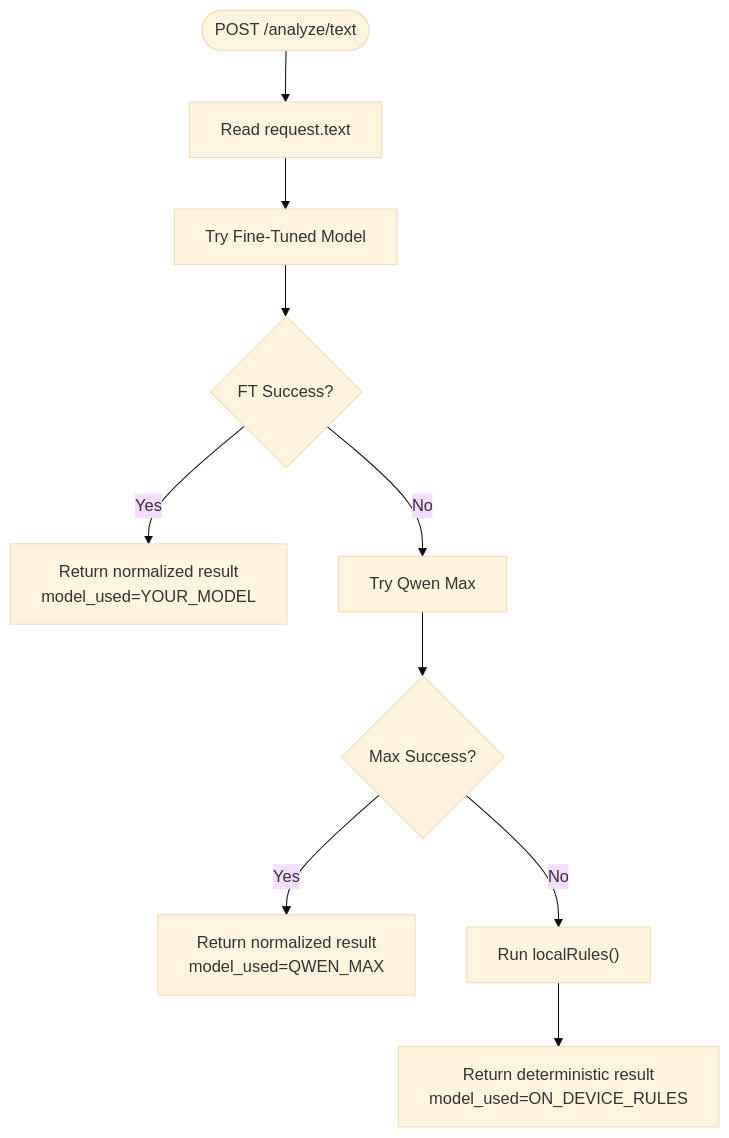
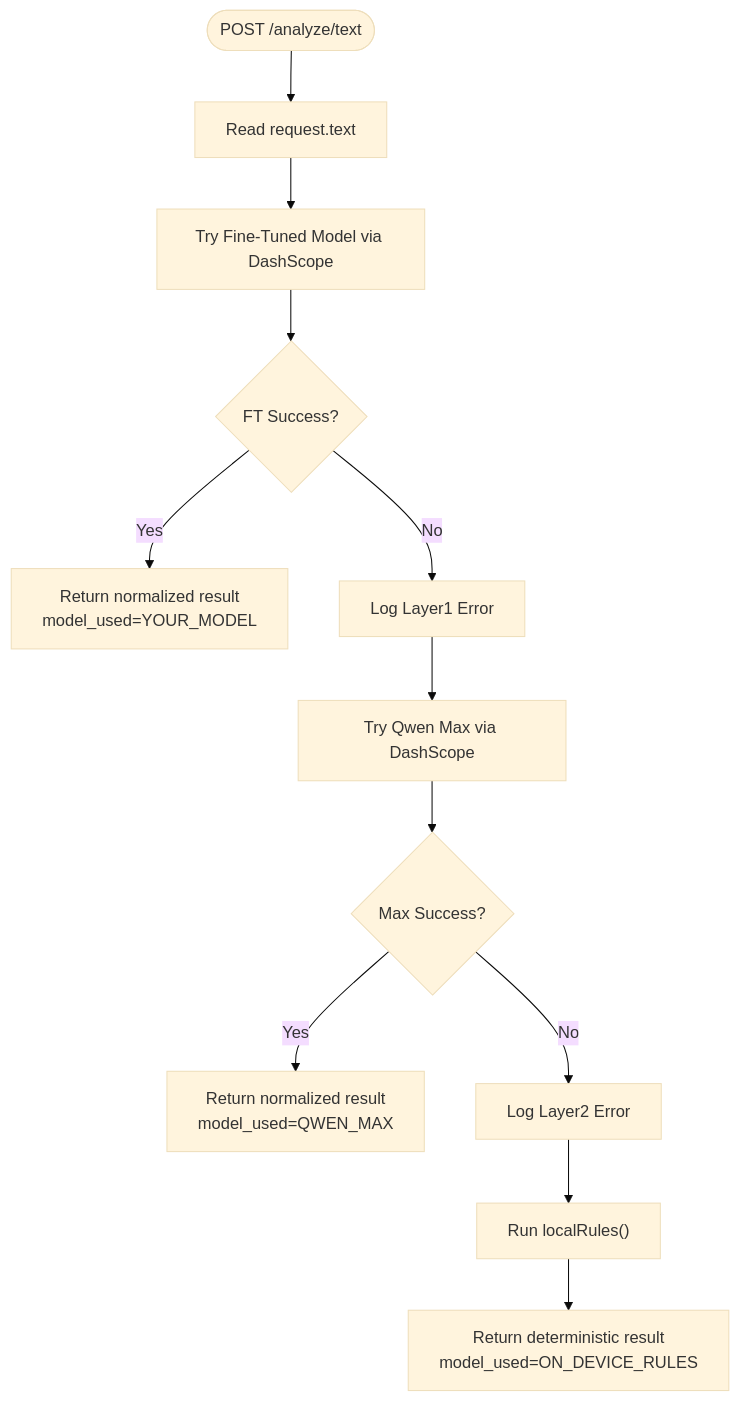
The third of 6 diagrams in .qoder/repowiki/en/content/Core Features/AI Analysis Engine.md (cyberNoman/Safe-Pakistan), drawn with Mermaid (base theme) before and after one commit. The commit also changed other lines of this file and 52 other files, not shown here.

Commit message:
Safe Pakistan: scam-detection app, 3-layer AI cascade, security hardening (SECURITY.md, .env.example, ignore rules)

````diff
--- a/.qoder/repowiki/en/content/Core Features/AI Analysis Engine.md
+++ b/.qoder/repowiki/en/content/Core Features/AI Analysis Engine.md
@@ -162,12 +201,14 @@
 ```mermaid
 flowchart TD
 Start(["POST /analyze/text"]) --> ReadText["Read request.text"]
-ReadText --> TryFT["Try Fine-Tuned Model"]
+ReadText --> TryFT["Try Fine-Tuned Model via DashScope"]
 TryFT --> FTOK{"FT Success?"}
 FTOK --> |Yes| ReturnFT["Return normalized result<br/>model_used=YOUR_MODEL"]
-FTOK --> |No| TryMax["Try Qwen Max"]
+FTOK --> |No| LogFT["Log Layer1 Error"]
+LogFT --> TryMax["Try Qwen Max via DashScope"]
 TryMax --> MaxOK{"Max Success?"}
 MaxOK --> |Yes| ReturnMax["Return normalized result<br/>model_used=QWEN_MAX"]
-MaxOK --> |No| Rules["Run localRules()"]
+MaxOK --> |No| LogMax["Log Layer2 Error"]
+LogMax --> Rules["Run localRules()"]
 Rules --> ReturnRules["Return deterministic result<br/>model_used=ON_DEVICE_RULES"]
 ```
````
